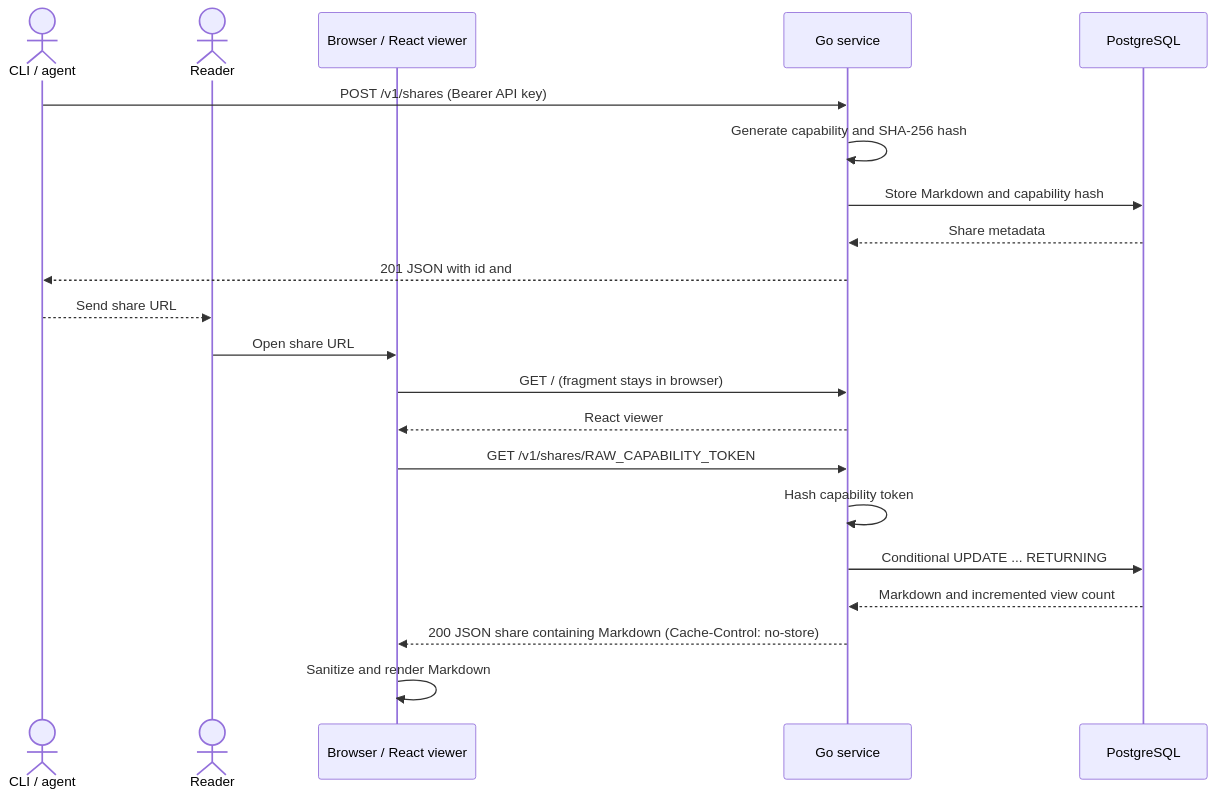
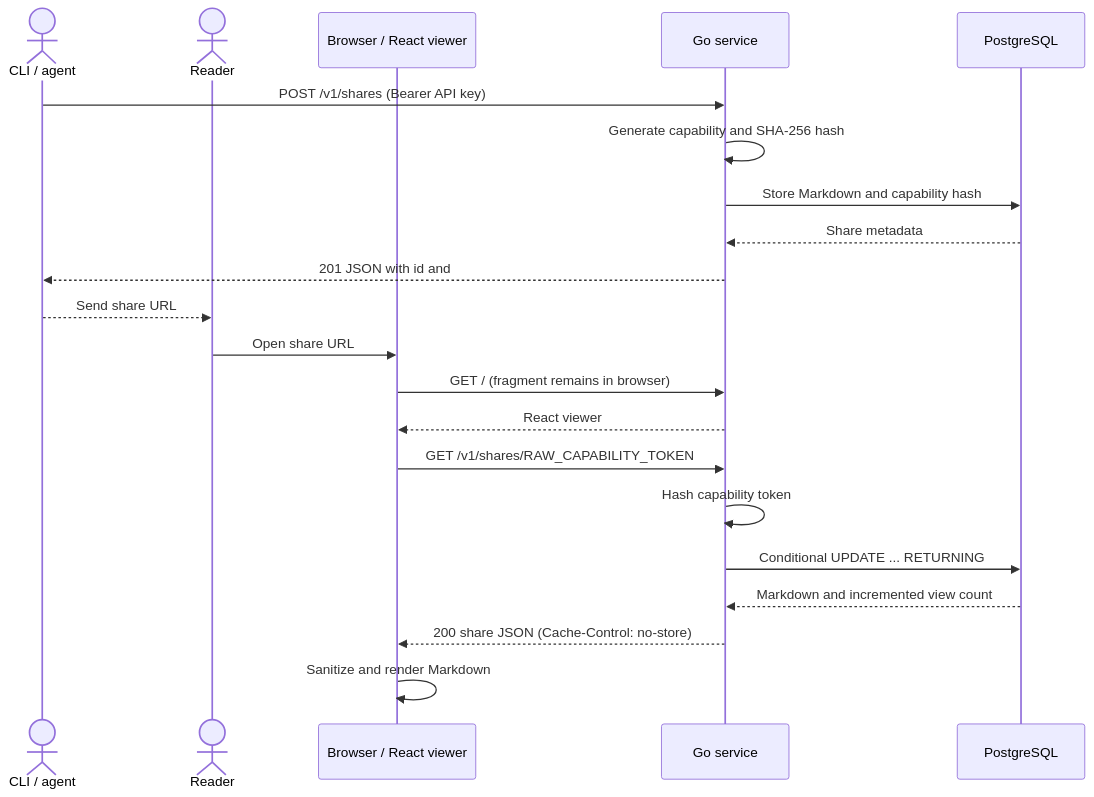
One commit to narumiruna/morsel changed the second of 2 diagrams in README.md. Above: the diagram before and after it, drawn with Mermaid. The commit also changed other lines of this file, not shown here.

````diff
--- a/README.md
+++ b/README.md
@@ -17,24 +101,24 @@
 ```mermaid
 sequenceDiagram
     actor Creator as CLI / agent
     actor Reader
     participant Viewer as Browser / React viewer
     participant Morsel as Go service
     participant DB as PostgreSQL
 
     Creator->>Morsel: POST /v1/shares (Bearer API key)
     Morsel->>Morsel: Generate capability and SHA-256 hash
     Morsel->>DB: Store Markdown and capability hash
     DB-->>Morsel: Share metadata
-    Morsel-->>Creator: 201 JSON with id and #/s/RAW_CAPABILITY_TOKEN share_url
+    Morsel-->>Creator: 201 JSON with id and #/s/RAW_CAPABILITY_TOKEN URL
     Creator-->>Reader: Send share URL
     Reader->>Viewer: Open share URL
-    Viewer->>Morsel: GET / (fragment stays in browser)
+    Viewer->>Morsel: GET / (fragment remains in browser)
     Morsel-->>Viewer: React viewer
     Viewer->>Morsel: GET /v1/shares/RAW_CAPABILITY_TOKEN
     Morsel->>Morsel: Hash capability token
     Morsel->>DB: Conditional UPDATE ... RETURNING
     DB-->>Morsel: Markdown and incremented view count
-    Morsel-->>Viewer: 200 JSON share containing Markdown (Cache-Control: no-store)
+    Morsel-->>Viewer: 200 share JSON (Cache-Control: no-store)
     Viewer->>Viewer: Sanitize and render Markdown
 ```
````
